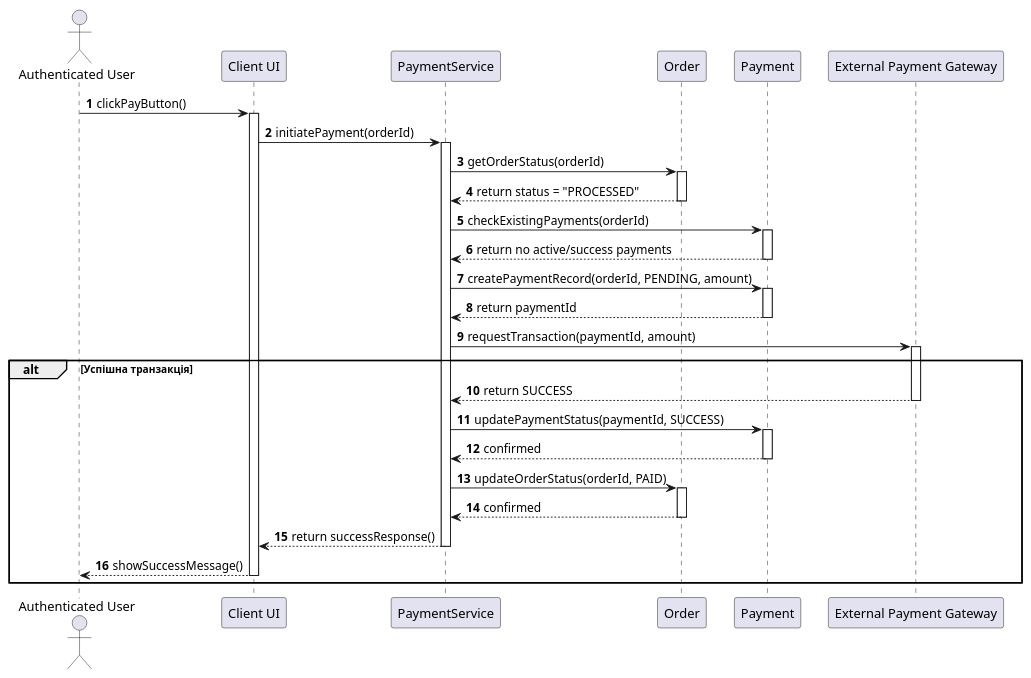
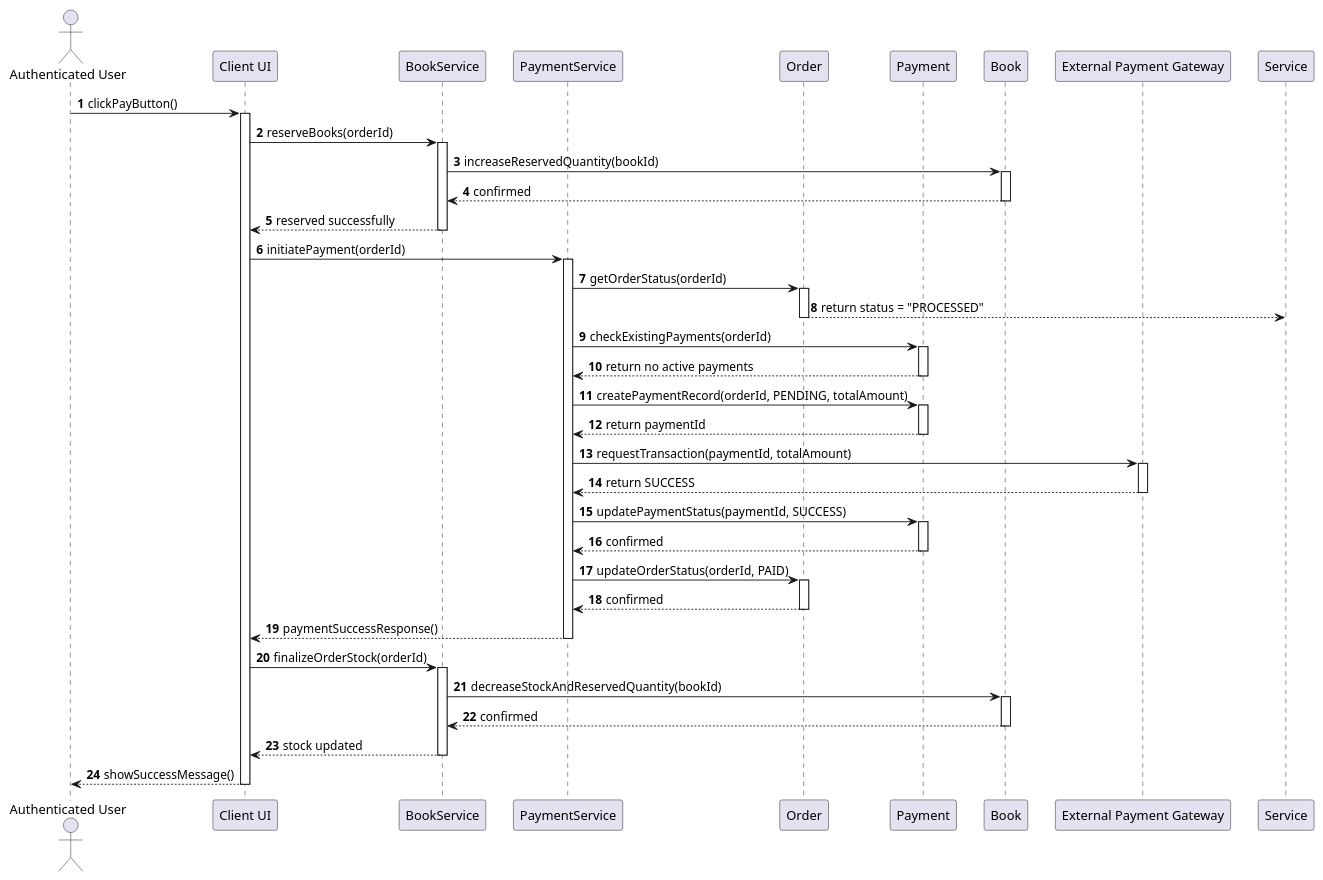
One commit to wameny/KPI2year changed the diagram in lab3/s1-diagram.puml. Above: the diagram before and after it, drawn with PlantUML. The commit also changed 5 other files, not shown here.

First line of the commit message:
reservedQuantity added and diagrams updated

```diff
--- a/lab3/s1-diagram.puml
+++ b/lab3/s1-diagram.puml
@@ -1,56 +1,75 @@
 @startuml
 autonumber
 skinparam BoxPadding 10
 skinparam ParticipantPadding 10
 
 actor "Authenticated User" as User
 participant "Client UI" as UI
-participant "PaymentService" as Service
+participant "BookService" as BookSvc
+participant "PaymentService" as PaySvc
 participant "Order" as Order
 participant "Payment" as Payment
+participant "Book" as Book
 participant "External Payment Gateway" as Gateway
 
 User -> UI: clickPayButton()
 activate UI
-UI -> Service: initiatePayment(orderId)
-activate Service
 
-Service -> Order: getOrderStatus(orderId)
+UI -> BookSvc: reserveBooks(orderId)
+activate BookSvc
+BookSvc -> Book: increaseReservedQuantity(bookId)
+activate Book
+Book --> BookSvc: confirmed
+deactivate Book
+BookSvc --> UI: reserved successfully
+deactivate BookSvc
+
+UI -> PaySvc: initiatePayment(orderId)
+activate PaySvc
+
+PaySvc -> Order: getOrderStatus(orderId)
 activate Order
 Order --> Service: return status = "PROCESSED"
 deactivate Order
 
-Service -> Payment: checkExistingPayments(orderId)
+PaySvc -> Payment: checkExistingPayments(orderId)
 activate Payment
-Payment --> Service: return no active/success payments
+Payment --> PaySvc: return no active payments
 deactivate Payment
 
-Service -> Payment: createPaymentRecord(orderId, PENDING, amount)
+PaySvc -> Payment: createPaymentRecord(orderId, PENDING, totalAmount)
 activate Payment
-Payment --> Service: return paymentId
+Payment --> PaySvc: return paymentId
 deactivate Payment
 
-Service -> Gateway: requestTransaction(paymentId, amount)
+PaySvc -> Gateway: requestTransaction(paymentId, totalAmount)
 activate Gateway
+Gateway --> PaySvc: return SUCCESS
+deactivate Gateway
 
-alt Успішна транзакція
-    Gateway --> Service: return SUCCESS
-    deactivate Gateway
-    
-    Service -> Payment: updatePaymentStatus(paymentId, SUCCESS)
-    activate Payment
-    Payment --> Service: confirmed
-    deactivate Payment
-    
-    Service -> Order: updateOrderStatus(orderId, PAID)
-    activate Order
-    Order --> Service: confirmed
-    deactivate Order
-    
-    Service --> UI: return successResponse()
-    deactivate Service
-    UI --> User: showSuccessMessage()
-    deactivate UI
-end
+PaySvc -> Payment: updatePaymentStatus(paymentId, SUCCESS)
+activate Payment
+Payment --> PaySvc: confirmed
+deactivate Payment
+
+PaySvc -> Order: updateOrderStatus(orderId, PAID)
+activate Order
+Order --> PaySvc: confirmed
+deactivate Order
+
+PaySvc --> UI: paymentSuccessResponse()
+deactivate PaySvc
+
+UI -> BookSvc: finalizeOrderStock(orderId)
+activate BookSvc
+BookSvc -> Book: decreaseStockAndReservedQuantity(bookId)
+activate Book
+Book --> BookSvc: confirmed
+deactivate Book
+BookSvc --> UI: stock updated
+deactivate BookSvc
+
+UI --> User: showSuccessMessage()
+deactivate UI
 
 @enduml
```
